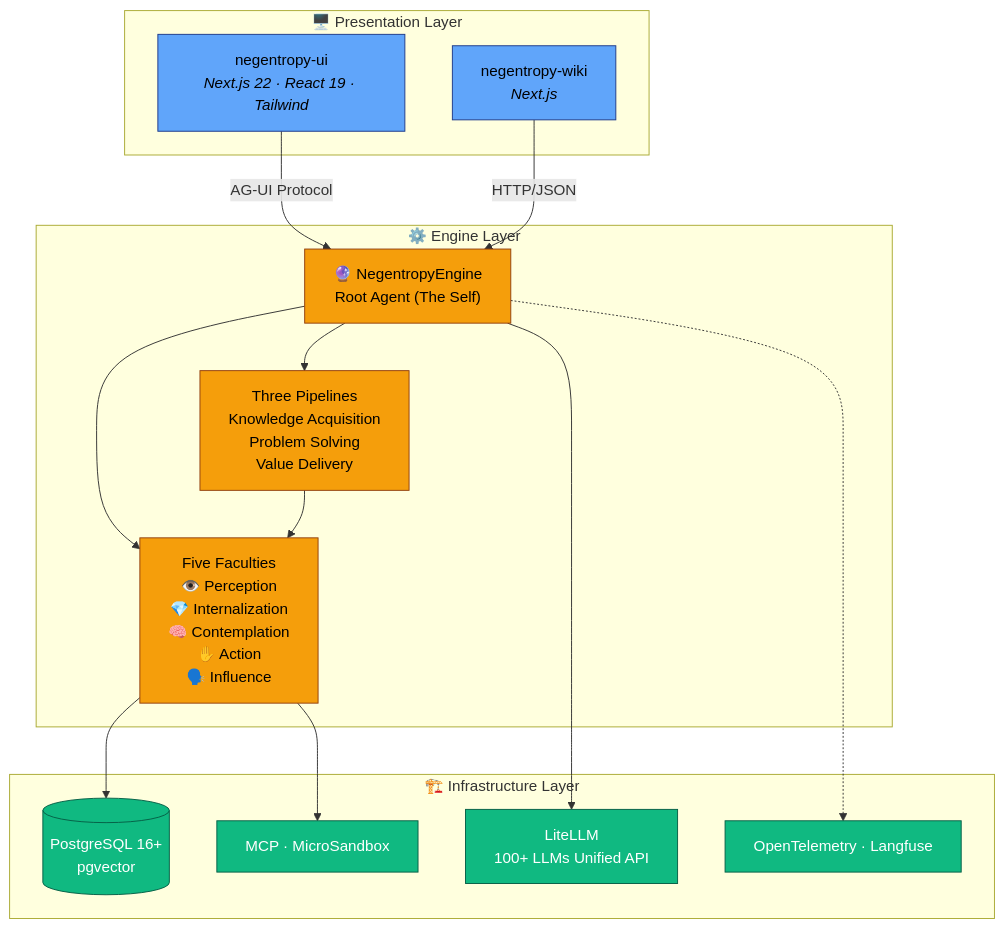
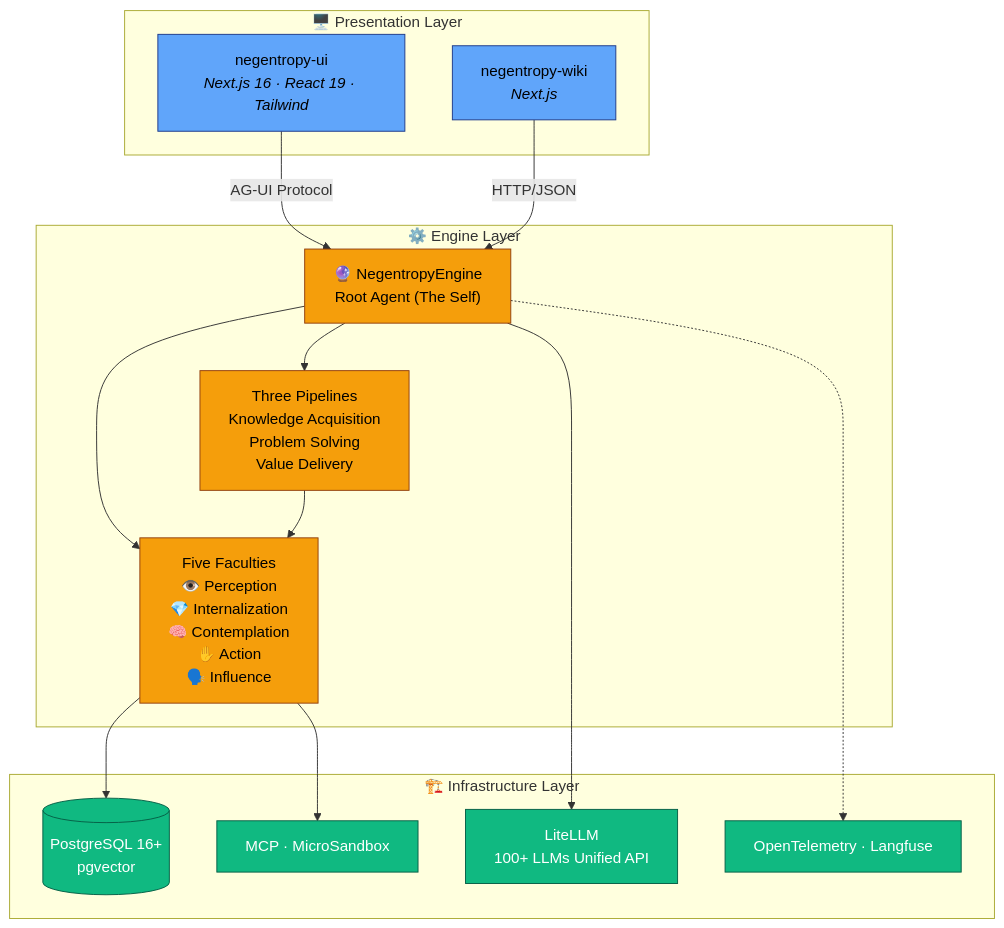
Before and after one commit to ThreeFish-AI/negentropy: the second of 2 diagrams in README.md, drawn with Mermaid. The commit also changed other lines of this file, not shown here.

````diff
--- a/README.md
+++ b/README.md
@@ -174,38 +174,38 @@
 ```mermaid
 graph TB
     subgraph Presentation["🖥️ Presentation Layer"]
-        UI["negentropy-ui<br/><i>Next.js 22 · React 19 · Tailwind</i>"]
+        UI["negentropy-ui<br/><i>Next.js 16 · React 19 · Tailwind</i>"]
         Wiki["negentropy-wiki<br/><i>Next.js</i>"]
     end
 
     subgraph Engine["⚙️ Engine Layer"]
         Root["🔮 NegentropyEngine<br/>Root Agent (The Self)"]
         Faculties["Five Faculties<br/>👁️ Perception <br> 💎 Internalization <br> 🧠 Contemplation <br> ✋ Action <br> 🗣️ Influence"]
         Pipelines["Three Pipelines<br/>Knowledge Acquisition <br> Problem Solving <br> Value Delivery"]
     end
 
     subgraph Infra["🏗️ Infrastructure Layer"]
         DB[("PostgreSQL 16+<br/>pgvector")]
         LLM["LiteLLM<br/>100+ LLMs Unified API"]
         OTel["OpenTelemetry · Langfuse"]
         Sandbox["MCP · MicroSandbox"]
     end
 
     UI -->|"AG-UI Protocol"| Root
     Wiki -->|"HTTP/JSON"| Root
     Root --> Faculties
     Root --> Pipelines
     Pipelines --> Faculties
     Faculties --> DB
     Faculties --> Sandbox
     Root --> LLM
     Root -.-> OTel
 
     classDef pres fill:#60A5FA,stroke:#1E3A8A,color:#000
     classDef eng fill:#F59E0B,stroke:#92400E,color:#000
     classDef infra fill:#10B981,stroke:#065F46,color:#FFF
 
     class UI,Wiki pres
     class Root,Faculties,Pipelines eng
     class DB,LLM,OTel,Sandbox infra
 ```
````
